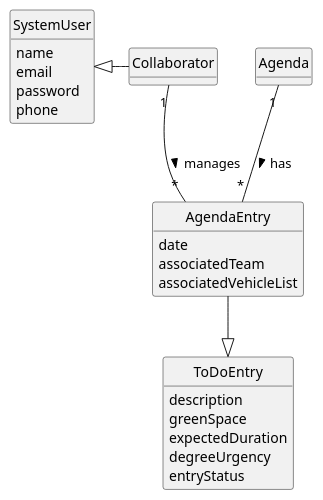
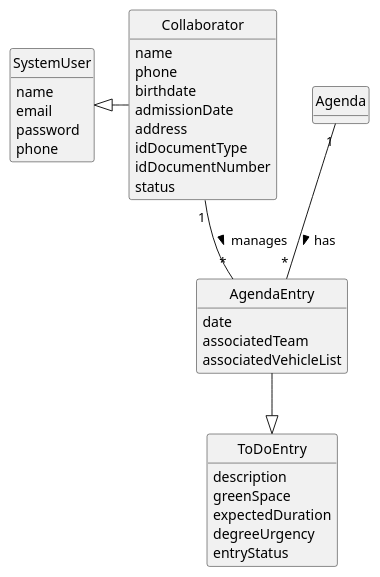
Before and after one commit to Departamento-de-Engenharia-Informatica/lei-24-s2-1do-g164: the diagram in docs/sprintC/us029/02.analysis/puml/us029-domain-model.puml, drawn with PlantUML. The commit also changed 8 other files, not shown here.

```diff
--- a/docs/sprintC/us029/02.analysis/puml/us029-domain-model.puml
+++ b/docs/sprintC/us029/02.analysis/puml/us029-domain-model.puml
@@ -1,49 +1,56 @@
 @startuml
 skinparam monochrome true
 skinparam packageStyle rectangle
 skinparam shadowing false
 
 
 
 skinparam classAttributeIconSize 0
 
 hide circle
 hide methods
 
 
 class SystemUser {
     name
     email
     password
     phone
 
 }
 class Collaborator {
-
+    name
+    phone
+    birthdate
+    admissionDate
+    address
+    idDocumentType
+    idDocumentNumber
+    status
 }
 
 
 class Agenda {
 }
 
 class AgendaEntry {
     date
     associatedTeam
     associatedVehicleList
 }
 
 
 
 class ToDoEntry{
     description
          greenSpace
          expectedDuration
          degreeUrgency
          entryStatus
 }
 
 Agenda "1" -- "*" AgendaEntry : has >
 SystemUser <|-  Collaborator
 Collaborator "1" -- "*" AgendaEntry: manages >
 AgendaEntry --|> ToDoEntry
 @enduml
```
